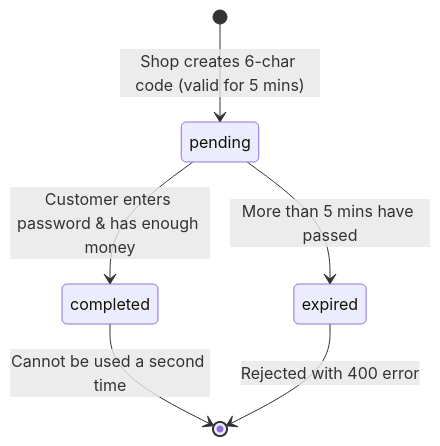
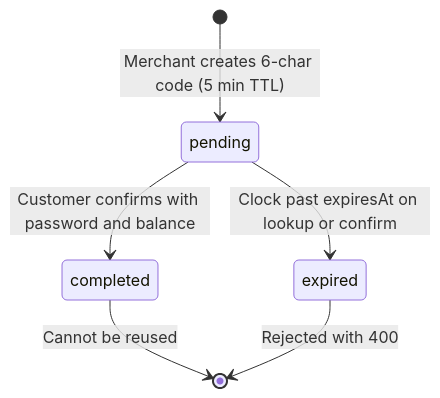
Before and after one commit to lyna-asma/project1-dtc: the second of 7 diagrams in docs/03-concurrency-and-idempotency.md, drawn with Mermaid. The commit also changed other lines of this file and 19 other files, not shown here.

Commit message:
docs: align Blendinar v1 product plan, 9-milestone backlog, ADRs, and visual diagrams

````diff
--- a/docs/03-concurrency-and-idempotency.md
+++ b/docs/03-concurrency-and-idempotency.md
@@ -73,8 +62,8 @@
 ```mermaid
 stateDiagram-v2
-    [*] --> pending : Shop creates 6-char code (valid for 5 mins)
-    pending --> completed : Customer enters password & has enough money
-    pending --> expired : More than 5 mins have passed
-    completed --> [*] : Cannot be used a second time
-    expired --> [*] : Rejected with 400 error
+    [*] --> pending : Merchant creates 6-char code (5 min TTL)
+    pending --> completed : Customer confirms with password and balance
+    pending --> expired : Clock past expiresAt on lookup or confirm
+    completed --> [*] : Cannot be reused
+    expired --> [*] : Rejected with 400
 ```
````
